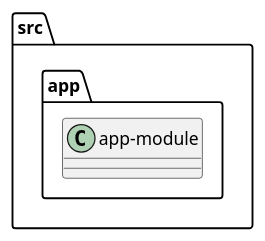
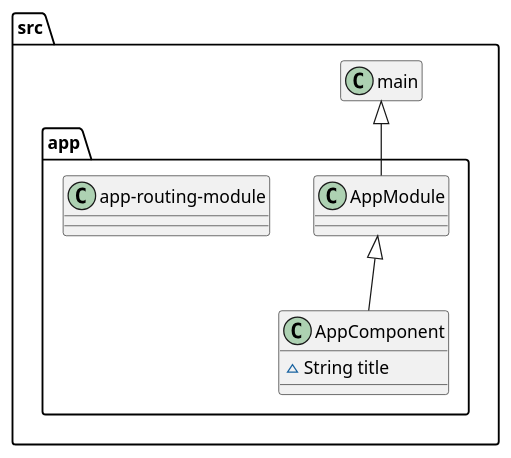
One commit to DPigeon/Money-Tree changed the diagram in client/diagram/class/MoneyTreeClasses.puml. Above: the diagram before and after it, drawn with PlantUML.

Commit message:
Boilerplate for the frontend diagram class
A small boilerplate of the current classes has been added to the frontend.

```diff
--- a/client/diagram/class/MoneyTreeClasses.puml
+++ b/client/diagram/class/MoneyTreeClasses.puml
@@ -1,15 +1,29 @@
 @startuml
 
 package src {
 
+    class main
+    hide main methods
+    hide main fields
+
     package app {
 
-        class app-module {
+        class AppModule {
+
+        }
+
+        class AppComponent {
+            ~String title
+        }
+
+        main <|-- AppModule
+        AppModule <|-- AppComponent
+
+        class app-routing-module {
 
         }
 
     }
-
 }
 
 @enduml
```
